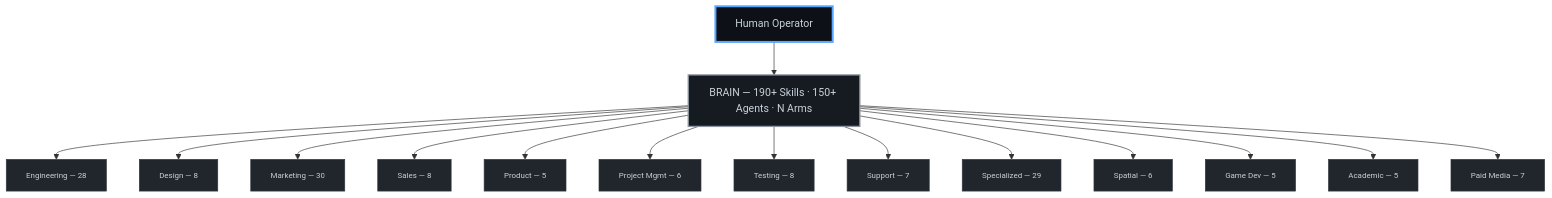
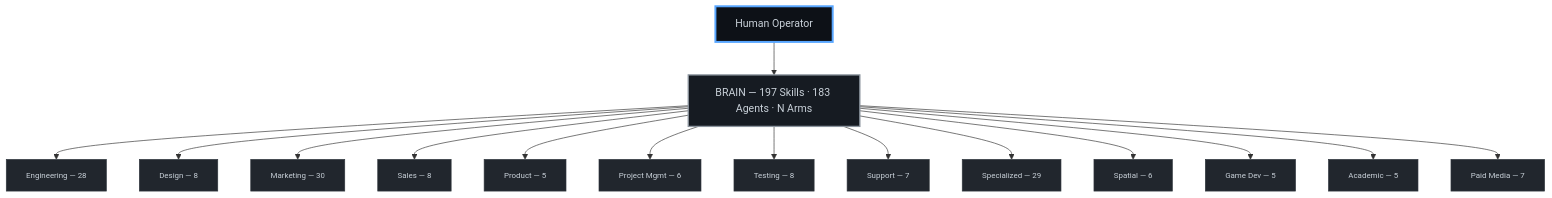
The diagram in README.md (CarlosCaPe/octorato), drawn with Mermaid before and after one commit. The commit also changed other lines of this file and 1 other file, not shown here.

````diff
--- a/README.md
+++ b/README.md
@@ -600,24 +600,24 @@
 ```mermaid
 graph TB
     classDef ceo fill:#0D1117,stroke:#58A6FF,stroke-width:3px,color:#C9D1D9
     classDef brain fill:#161B22,stroke:#8B949E,stroke-width:2px,color:#C9D1D9
     classDef div fill:#21262D,stroke:#30363D,stroke-width:1px,color:#C9D1D9,font-size:12px
 
     CEO["Human Operator"]:::ceo
-    BRAIN["BRAIN — 190+ Skills · 150+ Agents · N Arms"]:::brain
+    BRAIN["BRAIN — 197 Skills · 183 Agents · N Arms"]:::brain
     CEO --> BRAIN
 
     BRAIN --> ENG["Engineering — 28"]:::div
     BRAIN --> DES["Design — 8"]:::div
     BRAIN --> MKT["Marketing — 30"]:::div
     BRAIN --> SAL["Sales — 8"]:::div
     BRAIN --> PRD["Product — 5"]:::div
     BRAIN --> PM["Project Mgmt — 6"]:::div
     BRAIN --> TST["Testing — 8"]:::div
     BRAIN --> SUP["Support — 7"]:::div
     BRAIN --> SPC["Specialized — 29"]:::div
     BRAIN --> XR["Spatial — 6"]:::div
     BRAIN --> GMD["Game Dev — 5"]:::div
     BRAIN --> ACD["Academic — 5"]:::div
     BRAIN --> PMA["Paid Media — 7"]:::div
 ```
````
